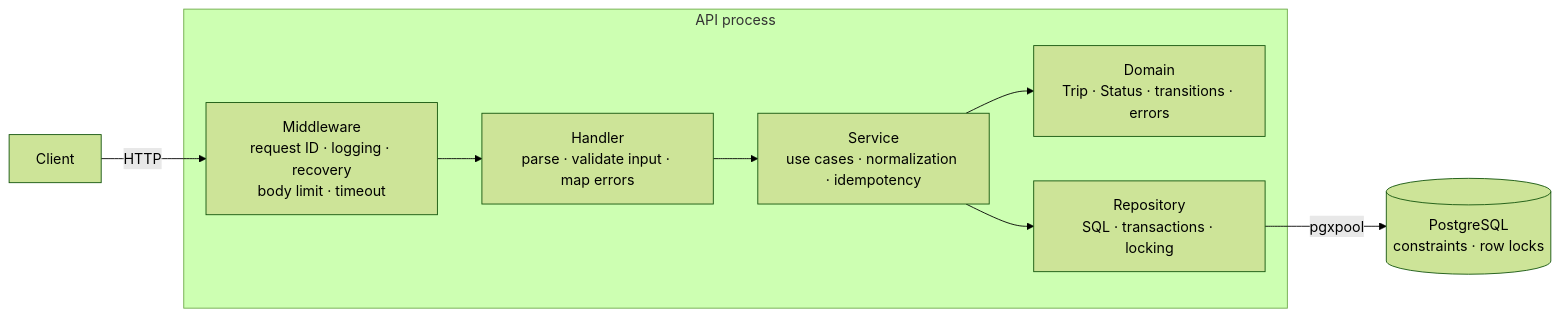
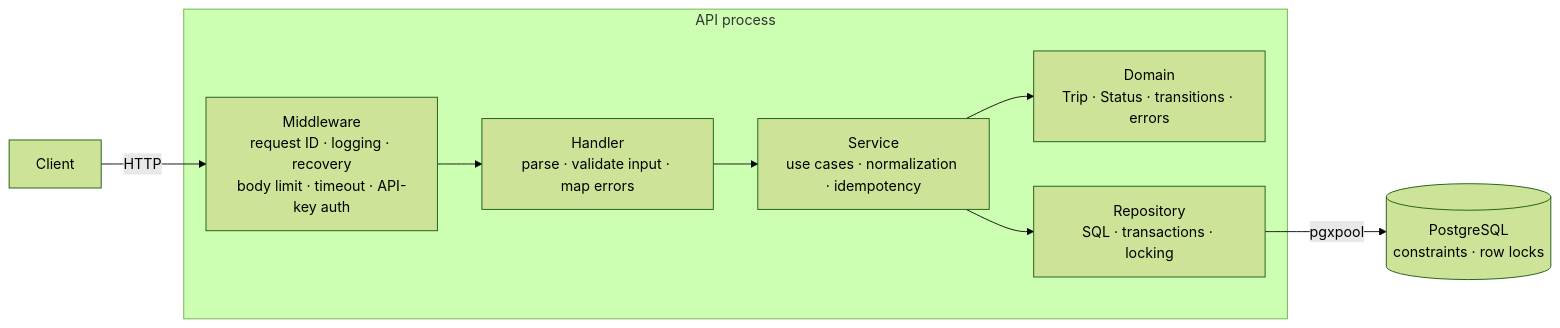
Before and after one commit to Tushar-programador/raaho-Trip-Management-API-using-Go: the first of 3 diagrams in README.md, drawn with Mermaid (forest theme). The commit also changed other lines of this file, not shown here.

First line of the commit message:
docs: document authentication, API-key management and per-client idempotency

````diff
--- a/README.md
+++ b/README.md
@@ -92,13 +101,13 @@
 ```mermaid
 flowchart LR
     C[Client] -->|HTTP| MW
 
     subgraph API process
-      MW[Middleware<br/>request ID · logging · recovery<br/>body limit · timeout] --> H[Handler<br/>parse · validate input · map errors]
+      MW[Middleware<br/>request ID · logging · recovery<br/>body limit · timeout · API-key auth] --> H[Handler<br/>parse · validate input · map errors]
       H --> S[Service<br/>use cases · normalization · idempotency]
       S --> D[Domain<br/>Trip · Status · transitions · errors]
       S --> R[Repository<br/>SQL · transactions · locking]
     end
 
     R -->|pgxpool| PG[(PostgreSQL<br/>constraints · row locks)]
 ```
````
